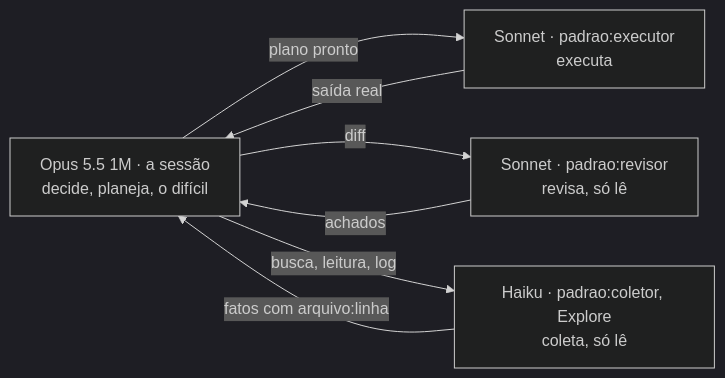
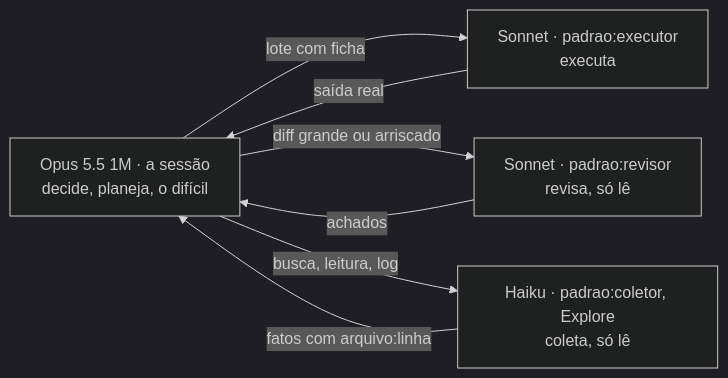
Before and after one commit to Kortek-Tecnologia/claude-padrao: the fourth of 5 diagrams in README.md, drawn with Mermaid (dark theme). The commit also changed other lines of this file and 21 other files, not shown here.

````diff
--- a/README.md
+++ b/README.md
@@ -156,10 +169,10 @@
 ```mermaid
 flowchart LR
   O["Opus 5.5 1M · a sessão<br/>decide, planeja, o difícil"]
-  O -->|"plano pronto"| E["Sonnet · padrao:executor<br/>executa"]
-  O -->|"diff"| R["Sonnet · padrao:revisor<br/>revisa, só lê"]
+  O -->|"lote com ficha"| E["Sonnet · padrao:executor<br/>executa"]
+  O -->|"diff grande ou arriscado"| R["Sonnet · padrao:revisor<br/>revisa, só lê"]
   O -->|"busca, leitura, log"| C["Haiku · padrao:coletor, Explore<br/>coleta, só lê"]
   E -->|"saída real"| O
   R -->|"achados"| O
   C -->|"fatos com arquivo:linha"| O
 ```
````
